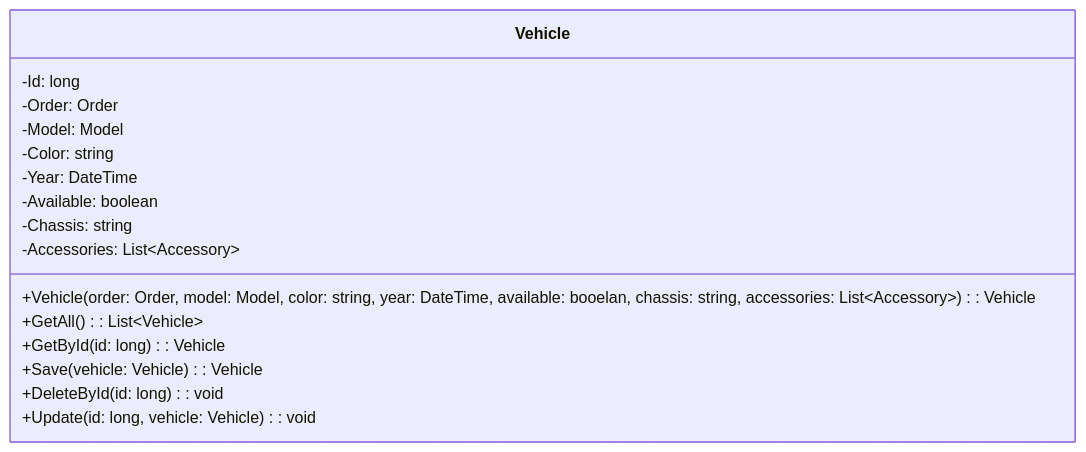
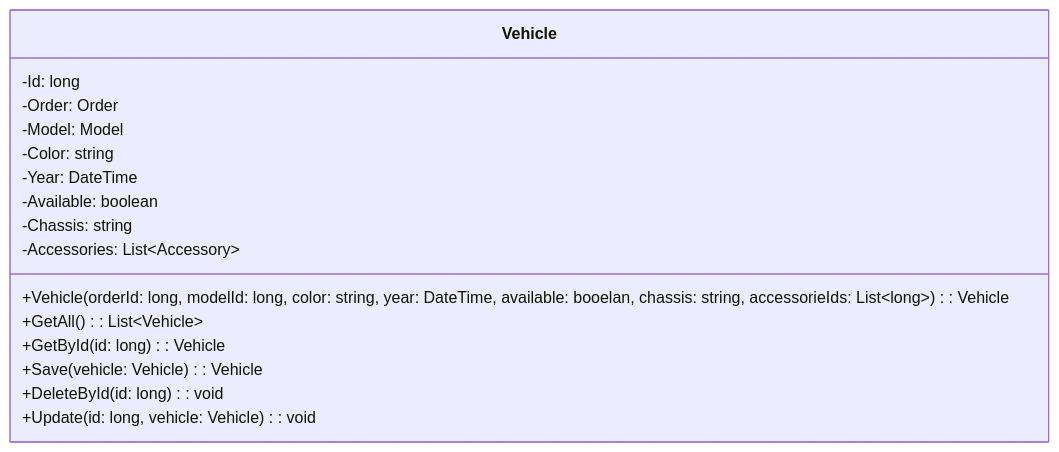
One commit to AndreLucas0/diagrama-de-classes-projeto-integrador changed diagram 14 of 17 in Classes.md. Above: the diagram before and after it, drawn with Mermaid. The commit also changed other lines of this file, not shown here.

Commit message:
diagrama finalizado

````diff
--- a/Classes.md
+++ b/Classes.md
@@ -209,19 +209,19 @@
 ```mermaid
 classDiagram
     class Vehicle {
         -Id: long
         -Order: Order
         -Model: Model
         -Color: string
         -Year: DateTime
         -Available: boolean
         -Chassis: string
         -Accessories: List&lt;Accessory&gt;
-        +Vehicle (order: Order, model: Model, color: string, year: DateTime, available: booelan, chassis: string, accessories: List&lt;Accessory&gt;): Vehicle
+        +Vehicle (orderId: long, modelId: long, color: string, year: DateTime, available: booelan, chassis: string, accessorieIds: List&lt;long&gt;): Vehicle
         +GetAll (): List&lt;Vehicle&gt;
         +GetById (id: long): Vehicle
         +Save (vehicle: Vehicle): Vehicle
         +DeleteById (id: long): void
         +Update (id: long, vehicle: Vehicle): void
     }
 ```
````
